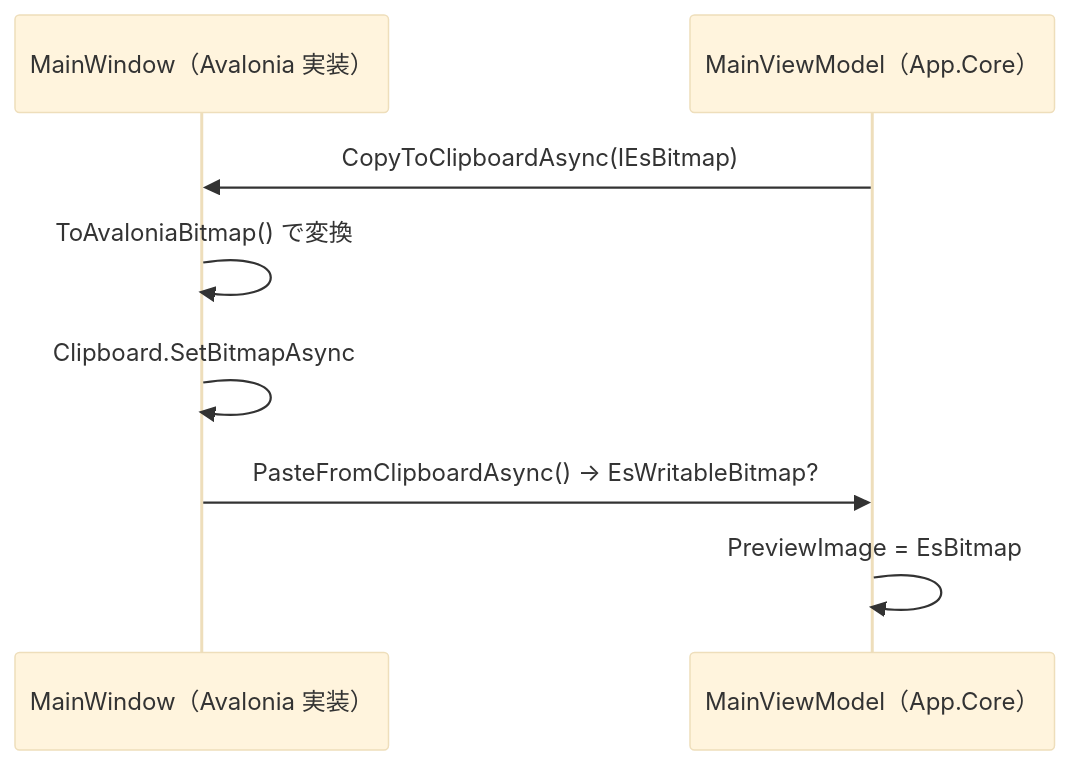
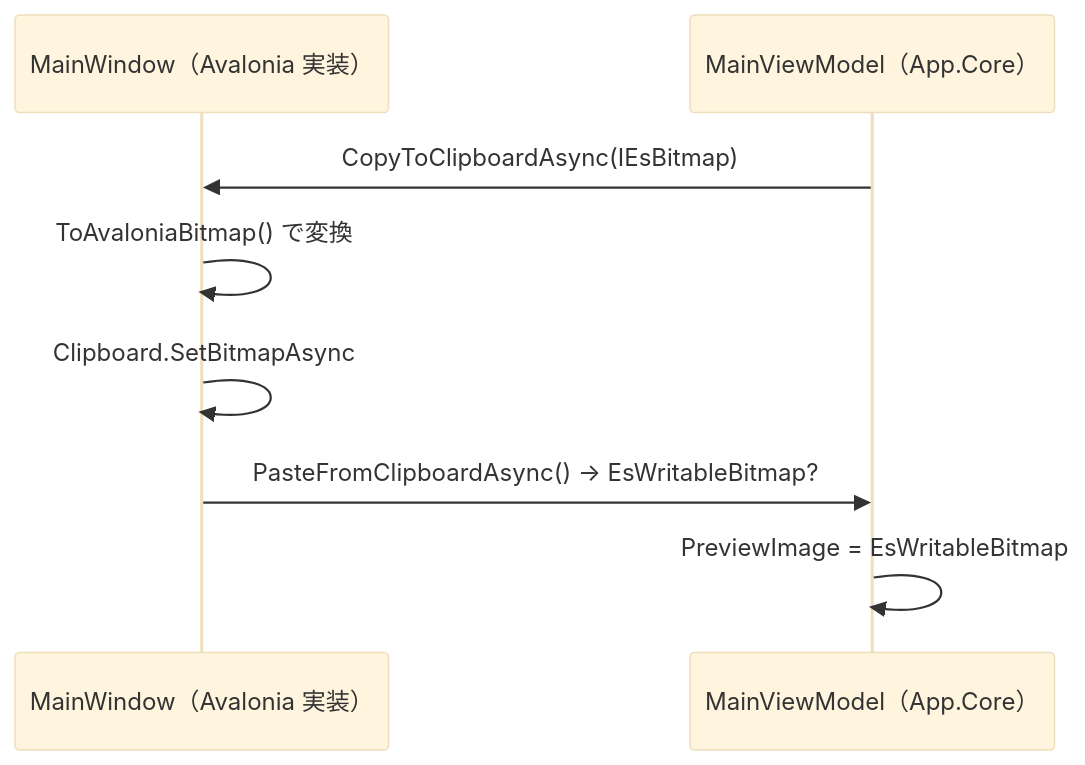
Before and after one commit to tomokuni/SaveEvidence: the second of 2 diagrams in src/App.Core/docs/SPEC_System.md, drawn with Mermaid (base theme). The commit also changed 33 other files, not shown here.

````diff
--- a/src/App.Core/docs/SPEC_System.md
+++ b/src/App.Core/docs/SPEC_System.md
@@ -66,10 +66,10 @@
 ```mermaid
 sequenceDiagram
   participant UI as MainWindow（Avalonia 実装）
   participant VM as MainViewModel（App.Core）
   VM->>UI: CopyToClipboardAsync(IEsBitmap)
   UI->>UI: ToAvaloniaBitmap() で変換
   UI->>UI: Clipboard.SetBitmapAsync
   UI->>VM: PasteFromClipboardAsync() → EsWritableBitmap?
-  VM->>VM: PreviewImage = EsBitmap
+  VM->>VM: PreviewImage = EsWritableBitmap
 ```
````
